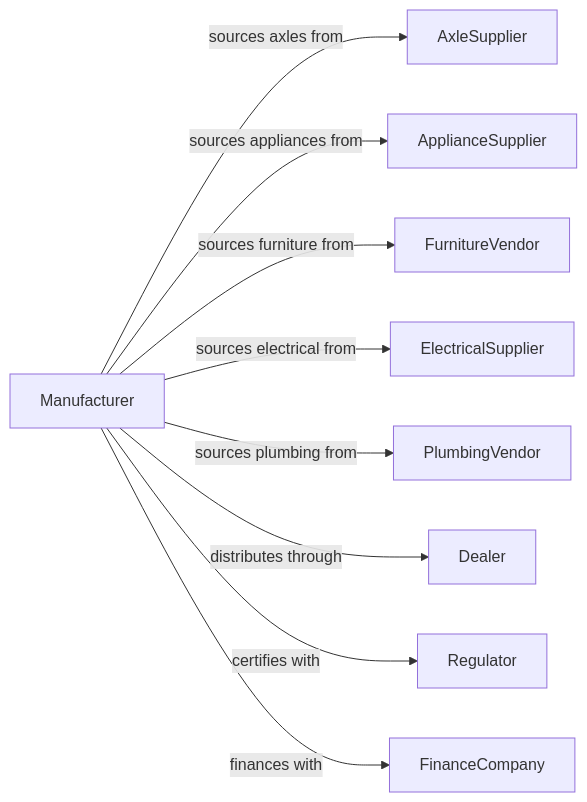
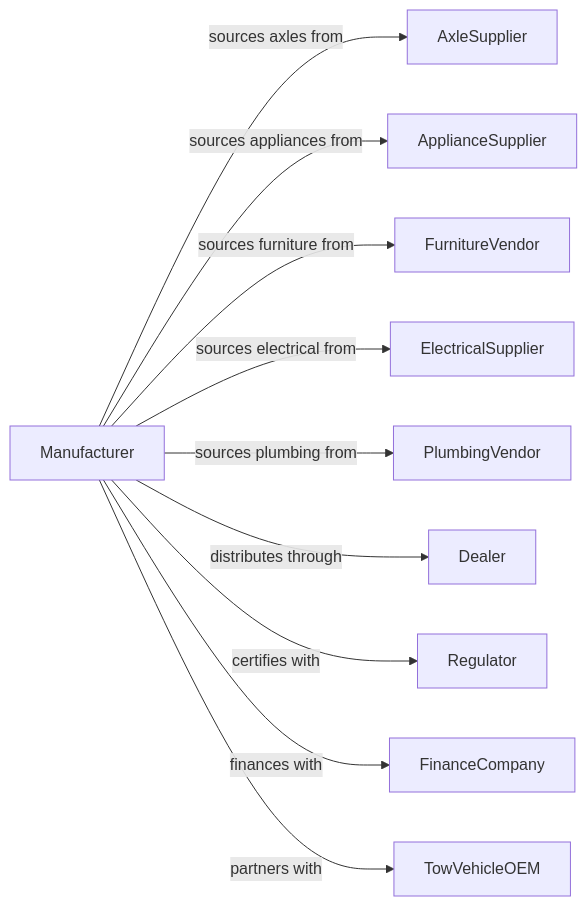
The second of 2 diagrams in Manufacturing/TransportationEquipmentManufacturing/MotorVehicleBodyAndTrailerManufacturing/TravelTrailerAndCamperManufacturing.mdx (dot-org-ai/industries.org.ai), drawn with Mermaid before and after one commit. The commit also changed other lines of this file and 588 other files, not shown here.

````diff
--- a/Manufacturing/TransportationEquipmentManufacturing/MotorVehicleBodyAndTrailerManufacturing/TravelTrailerAndCamperManufacturing.mdx
+++ b/Manufacturing/TransportationEquipmentManufacturing/MotorVehicleBodyAndTrailerManufacturing/TravelTrailerAndCamperManufacturing.mdx
@@ -132,13 +132,14 @@
 ```mermaid
 graph LR
     M[Manufacturer]
 
     M -->|sources axles from| AxleSupplier
     M -->|sources appliances from| ApplianceSupplier
     M -->|sources furniture from| FurnitureVendor
     M -->|sources electrical from| ElectricalSupplier
     M -->|sources plumbing from| PlumbingVendor
     M -->|distributes through| Dealer
     M -->|certifies with| Regulator
     M -->|finances with| FinanceCompany
+    M -->|partners with| TowVehicleOEM
 ```
````
